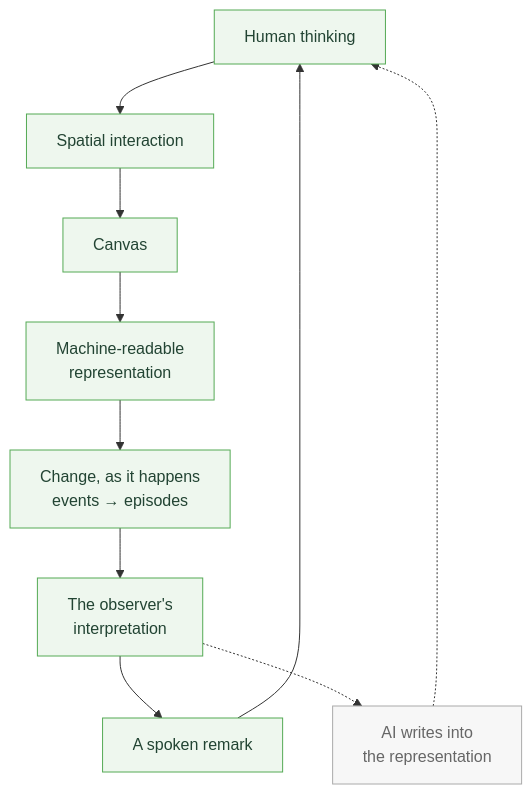
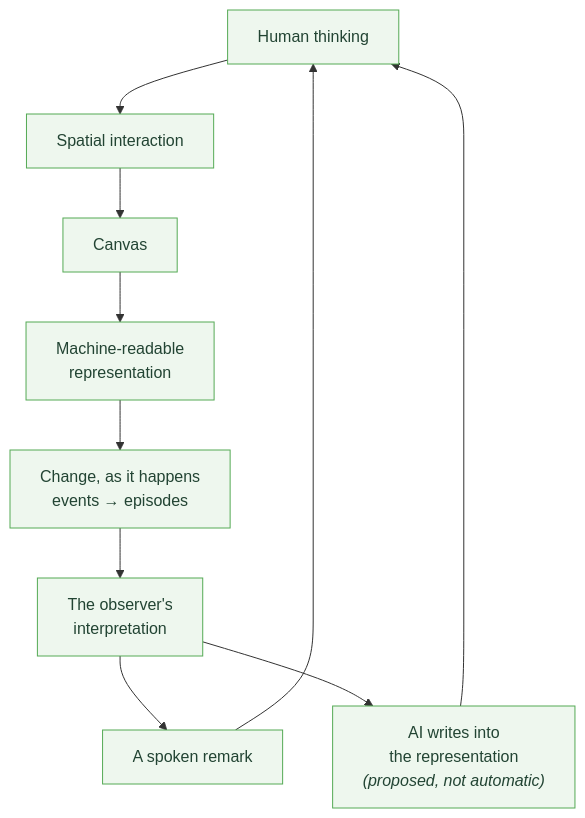
Before and after one commit to merdemkoc/llm-spatial-context: the sixth of 7 diagrams in docs/why.md, drawn with Mermaid. The commit also changed other lines of this file and 2 other files, not shown here.

````diff
--- a/docs/why.md
+++ b/docs/why.md
@@ -417,17 +417,15 @@
 ```mermaid
 flowchart TB
     thinking["Human thinking"] --> interaction["Spatial interaction"]
     interaction --> canvas["Canvas"]
     canvas --> rep["Machine-readable<br/>representation"]
     rep --> change["Change, as it happens<br/>events → episodes"]
     change --> reasoning["The observer's<br/>interpretation"]
     reasoning --> spoken["A spoken remark"]
     spoken --> thinking
-    reasoning -.-> extend["AI writes into<br/>the representation"]
-    extend -.-> thinking
+    reasoning --> extend["AI writes into<br/>the representation<br/><i>(proposed, not automatic)</i>"]
+    extend --> thinking
 
     classDef built fill:#eef7ee,stroke:#5a5,color:#243;
-    classDef speculative fill:#f7f7f7,stroke:#aaa,color:#666;
-    class thinking,interaction,canvas,rep,change,reasoning,spoken built;
-    class extend speculative;
+    class thinking,interaction,canvas,rep,change,reasoning,spoken,extend built;
 ```
````
